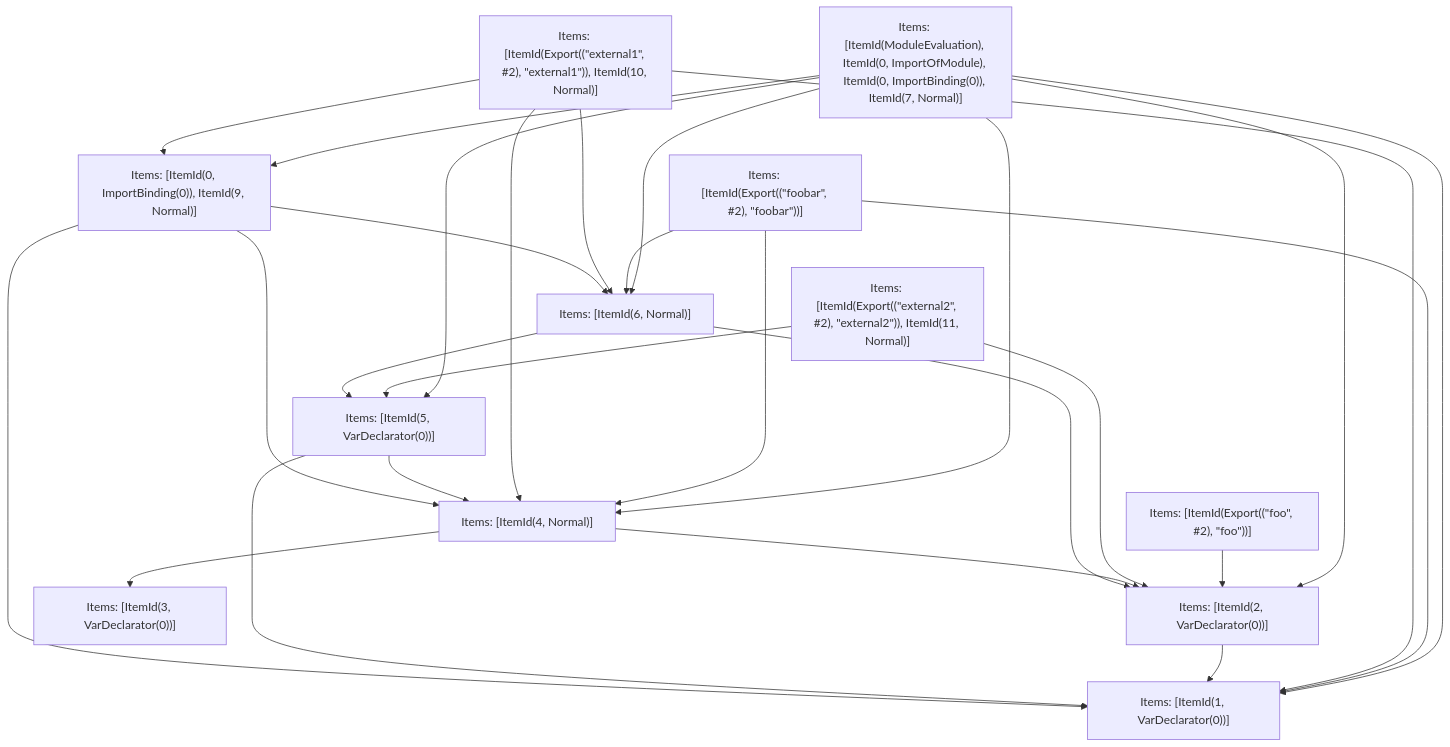
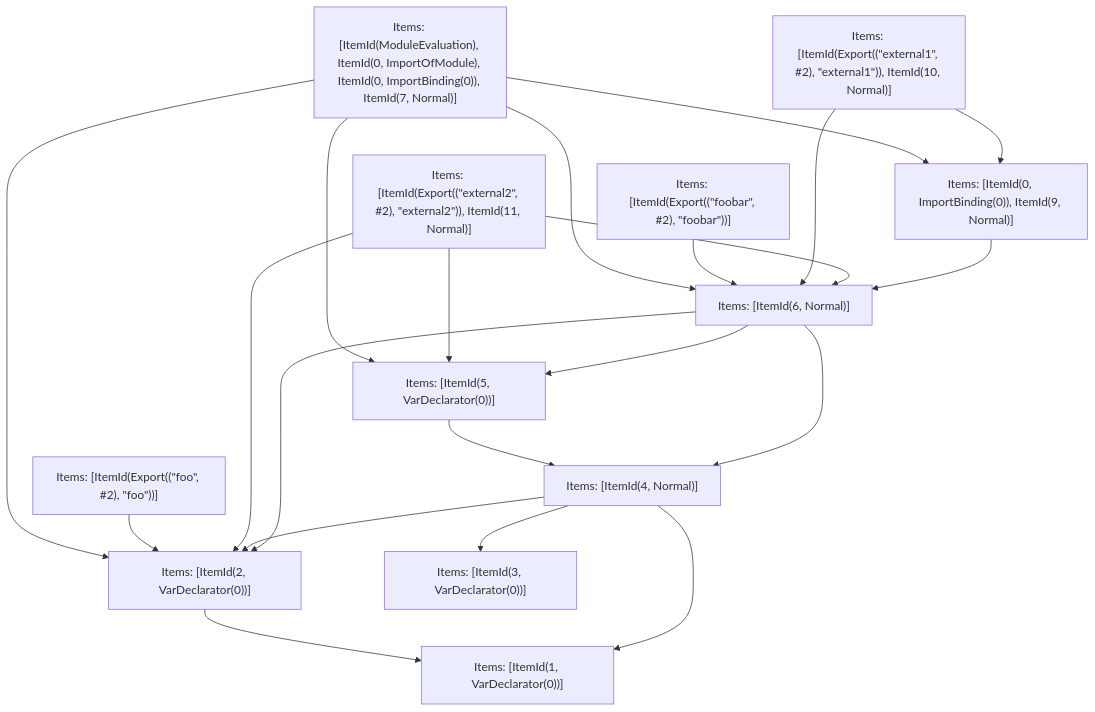
Before and after one commit to vercel/turborepo: the fifth of 5 diagrams in crates/turbopack-ecmascript/tests/tree-shaker/analyzer/1/output.md, drawn with Mermaid. The commit also changed other lines of this file and 3 other files, not shown here.

````diff
--- a/crates/turbopack-ecmascript/tests/tree-shaker/analyzer/1/output.md
+++ b/crates/turbopack-ecmascript/tests/tree-shaker/analyzer/1/output.md
@@ -332,41 +326,35 @@
 ```mermaid
 graph TD
     N0["Items: [ItemId(ModuleEvaluation), ItemId(0, ImportOfModule), ItemId(0, ImportBinding(0)), ItemId(7, Normal)]"];
     N1["Items: [ItemId(Export((&quot;foobar&quot;, #2), &quot;foobar&quot;))]"];
     N2["Items: [ItemId(Export((&quot;foo&quot;, #2), &quot;foo&quot;))]"];
     N3["Items: [ItemId(Export((&quot;external1&quot;, #2), &quot;external1&quot;)), ItemId(10, Normal)]"];
     N4["Items: [ItemId(Export((&quot;external2&quot;, #2), &quot;external2&quot;)), ItemId(11, Normal)]"];
     N5["Items: [ItemId(1, VarDeclarator(0))]"];
     N6["Items: [ItemId(2, VarDeclarator(0))]"];
     N7["Items: [ItemId(3, VarDeclarator(0))]"];
     N8["Items: [ItemId(4, Normal)]"];
     N9["Items: [ItemId(5, VarDeclarator(0))]"];
     N10["Items: [ItemId(6, Normal)]"];
     N11["Items: [ItemId(0, ImportBinding(0)), ItemId(9, Normal)]"];
     N0 --> N9;
     N0 --> N11;
-    N0 --> N5;
-    N0 --> N8;
     N0 --> N10;
     N0 --> N6;
-    N1 --> N5;
-    N1 --> N8;
     N1 --> N10;
     N2 --> N6;
     N3 --> N11;
-    N3 --> N5;
-    N3 --> N8;
     N3 --> N10;
     N4 --> N6;
     N4 --> N9;
+    N4 --> N10;
     N6 --> N5;
     N8 --> N7;
+    N8 --> N5;
     N8 --> N6;
-    N9 --> N5;
     N9 --> N8;
+    N10 --> N8;
     N10 --> N6;
     N10 --> N9;
-    N11 --> N5;
-    N11 --> N8;
     N11 --> N10;
 ```
````
